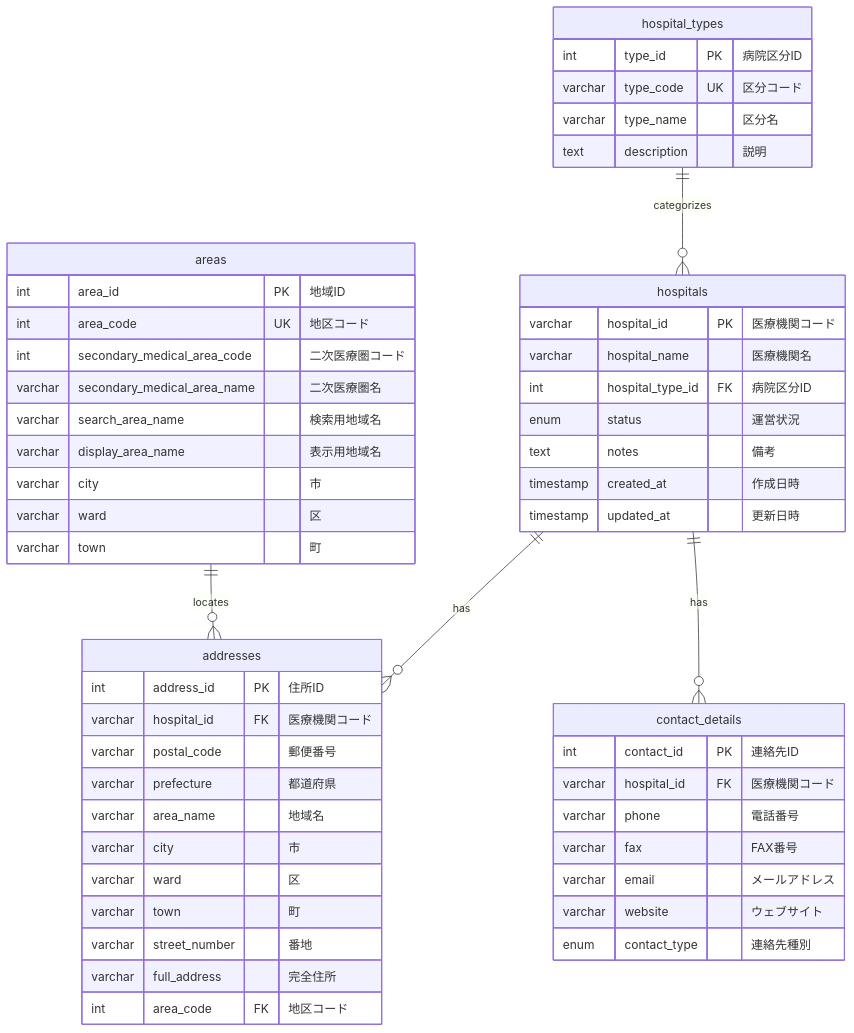
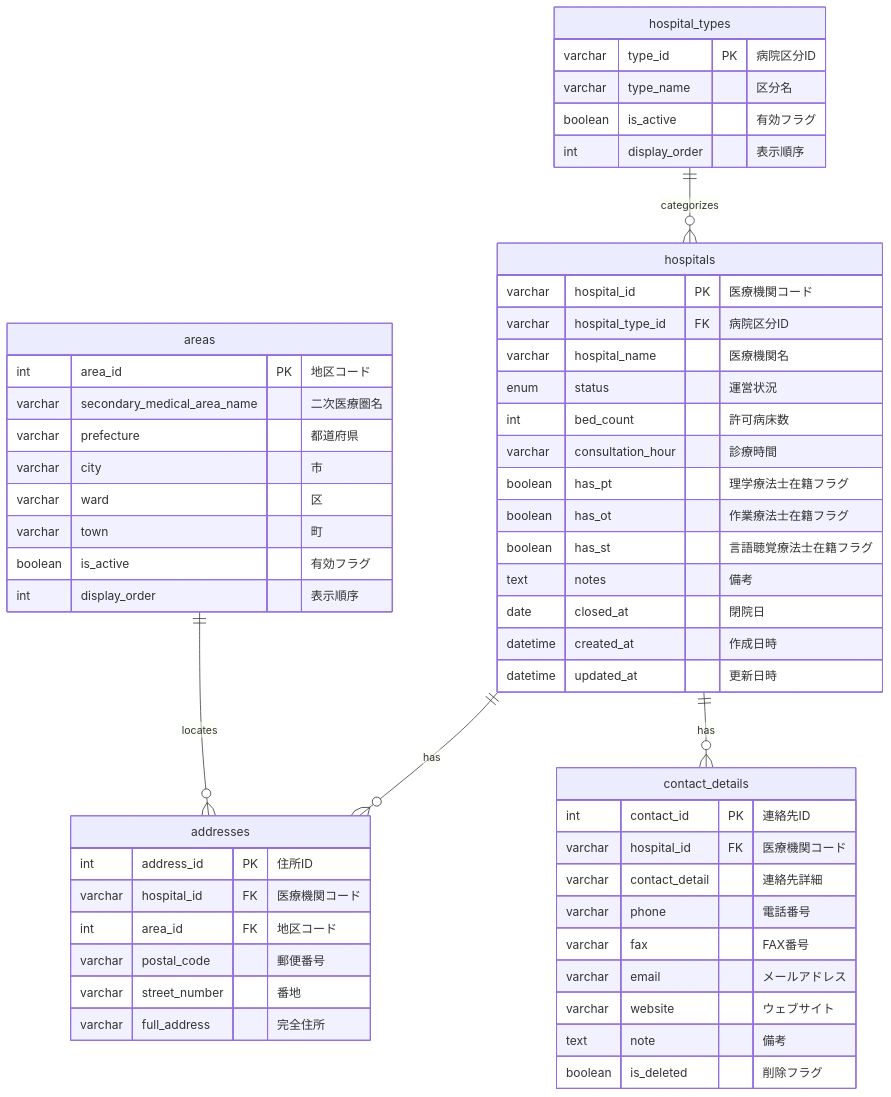
One commit to w3422008/update_DB changed the first of 10 diagrams in rebuild/資料/新医療機関システム/仕様書等/DB/E-R/ER_diagram.md. Above: the diagram before and after it, drawn with Mermaid. The commit also changed other lines of this file and 5 other files, not shown here.

Commit message:
E-R図作成

````diff
--- a/rebuild/資料/新医療機関システム/仕様書等/DB/E-R/ER_diagram.md
+++ b/rebuild/資料/新医療機関システム/仕様書等/DB/E-R/ER_diagram.md
@@ -293,61 +7,63 @@
 ```mermaid
 erDiagram
     hospitals {
         varchar hospital_id PK "医療機関コード"
+        varchar hospital_type_id FK "病院区分ID"
         varchar hospital_name "医療機関名"
-        int hospital_type_id FK "病院区分ID"
         enum status "運営状況"
+        int bed_count "許可病床数"
+        varchar consultation_hour "診療時間"
+        boolean has_pt "理学療法士在籍フラグ"
+        boolean has_ot "作業療法士在籍フラグ"
+        boolean has_st "言語聴覚療法士在籍フラグ"
         text notes "備考"
-        timestamp created_at "作成日時"
-        timestamp updated_at "更新日時"
+        date closed_at "閉院日"
+        datetime created_at "作成日時"
+        datetime updated_at "更新日時"
     }
     
     hospital_types {
-        int type_id PK "病院区分ID"
-        varchar type_code UK "区分コード"
+        varchar type_id PK "病院区分ID"
         varchar type_name "区分名"
-        text description "説明"
+        boolean is_active "有効フラグ"
+        int display_order "表示順序"
     }
     
     addresses {
         int address_id PK "住所ID"
         varchar hospital_id FK "医療機関コード"
+        int area_id FK "地区コード"
         varchar postal_code "郵便番号"
-        varchar prefecture "都道府県"
-        varchar area_name "地域名"
-        varchar city "市"
-        varchar ward "区"
-        varchar town "町"
         varchar street_number "番地"
         varchar full_address "完全住所"
-        int area_code FK "地区コード"
     }
     
     contact_details {
         int contact_id PK "連絡先ID"
         varchar hospital_id FK "医療機関コード"
+        varchar contact_detail "連絡先詳細"
         varchar phone "電話番号"
         varchar fax "FAX番号"
         varchar email "メールアドレス"
         varchar website "ウェブサイト"
-        enum contact_type "連絡先種別"
+        text note "備考"
+        boolean is_deleted "削除フラグ"
     }
     
     areas {
-        int area_id PK "地域ID"
-        int area_code UK "地区コード"
-        int secondary_medical_area_code "二次医療圏コード"
+        int area_id PK "地区コード"
         varchar secondary_medical_area_name "二次医療圏名"
-        varchar search_area_name "検索用地域名"
-        varchar display_area_name "表示用地域名"
+        varchar prefecture "都道府県"
         varchar city "市"
         varchar ward "区"
         varchar town "町"
+        boolean is_active "有効フラグ"
+        int display_order "表示順序"
     }
     
     %% リレーションシップ
     hospital_types ||--o{ hospitals : "categorizes"
     hospitals ||--o{ addresses : "has"
     hospitals ||--o{ contact_details : "has"
     areas ||--o{ addresses : "locates"
 ```
````
